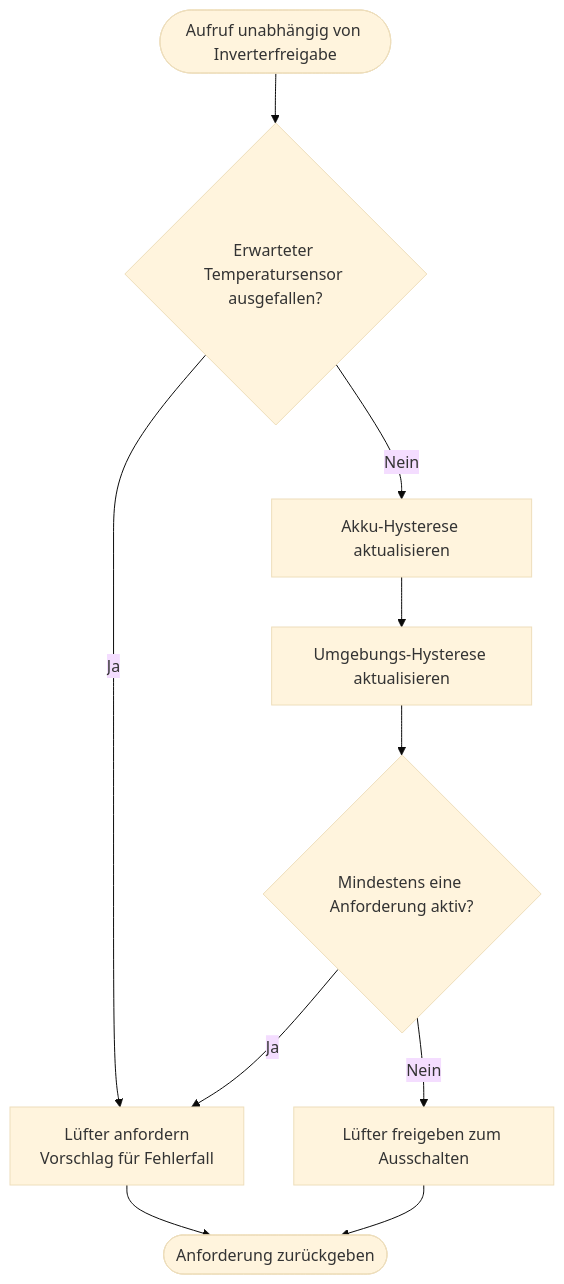
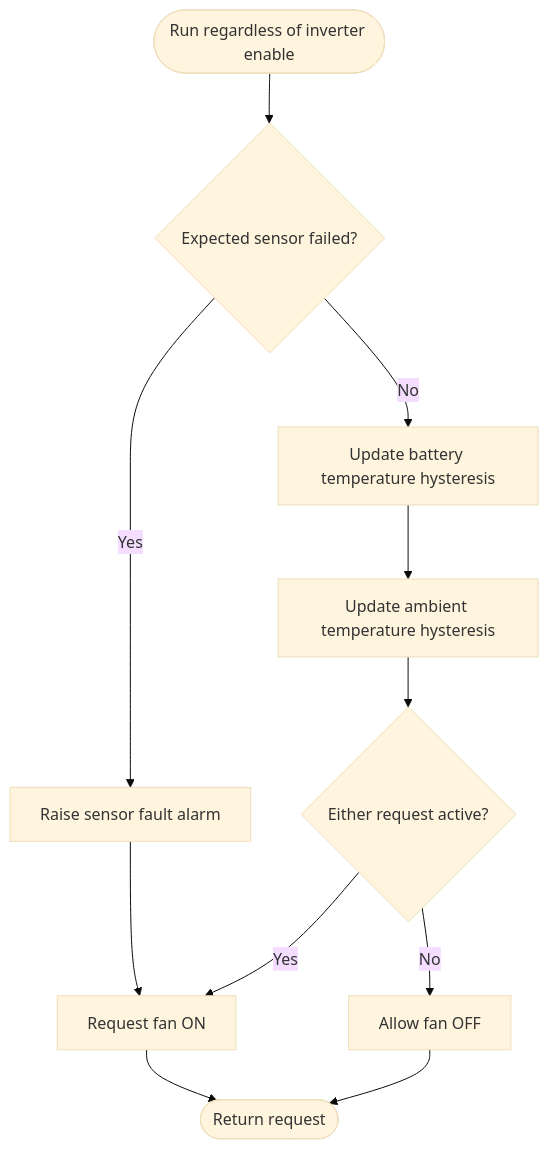
Before and after one commit to vitalyruhl/SolarBatteryTelemetry: the diagram in docs/regelungsplannung/02-luefter.md, drawn with Mermaid (base theme). The commit also changed other lines of this file and 13 other files, not shown here.

````diff
--- a/docs/regelungsplannung/02-luefter.md
+++ b/docs/regelungsplannung/02-luefter.md
@@ -16,12 +18,13 @@
 ```mermaid
 flowchart TD
-    A([Aufruf unabhängig von Inverterfreigabe]) --> B{Erwarteter Temperatursensor ausgefallen?}
-    B -- Ja --> C[Lüfter anfordern<br/>Vorschlag für Fehlerfall]
-    B -- Nein --> D[Akku-Hysterese aktualisieren]
-    D --> E[Umgebungs-Hysterese aktualisieren]
-    E --> F{Mindestens eine Anforderung aktiv?}
-    F -- Ja --> C
-    F -- Nein --> G[Lüfter freigeben zum Ausschalten]
-    C --> H([Anforderung zurückgeben])
-    G --> H
+ A([Run regardless of inverter enable]) --> B{Expected sensor failed?}
+ B -- Yes --> X[Raise sensor fault alarm]
+ X --> C[Request fan ON]
+ B -- No --> D[Update battery temperature hysteresis]
+ D --> E[Update ambient temperature hysteresis]
+ E --> F{Either request active?}
+ F -- Yes --> C
+ F -- No --> G[Allow fan OFF]
+ C --> H([Return request])
+ G --> H
 ```
````
